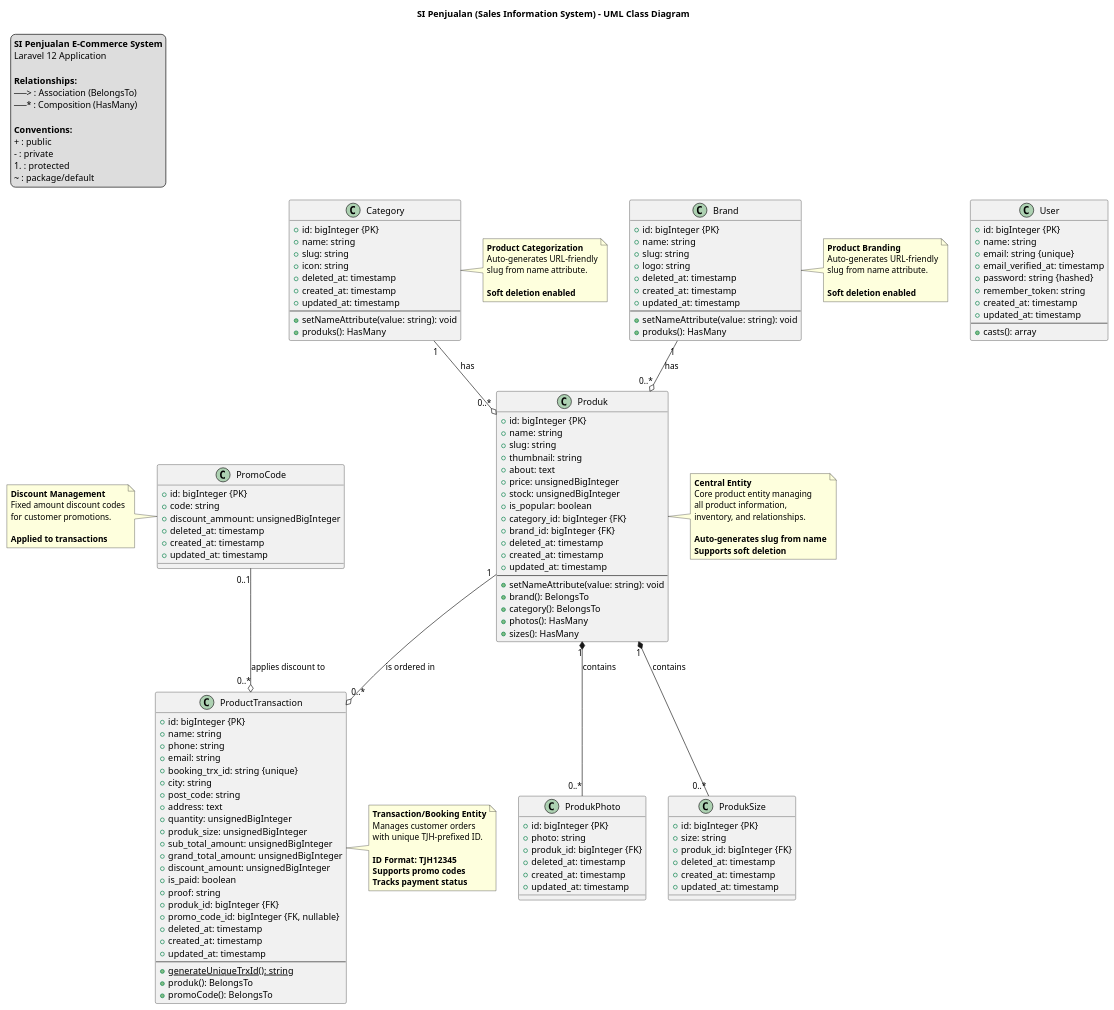
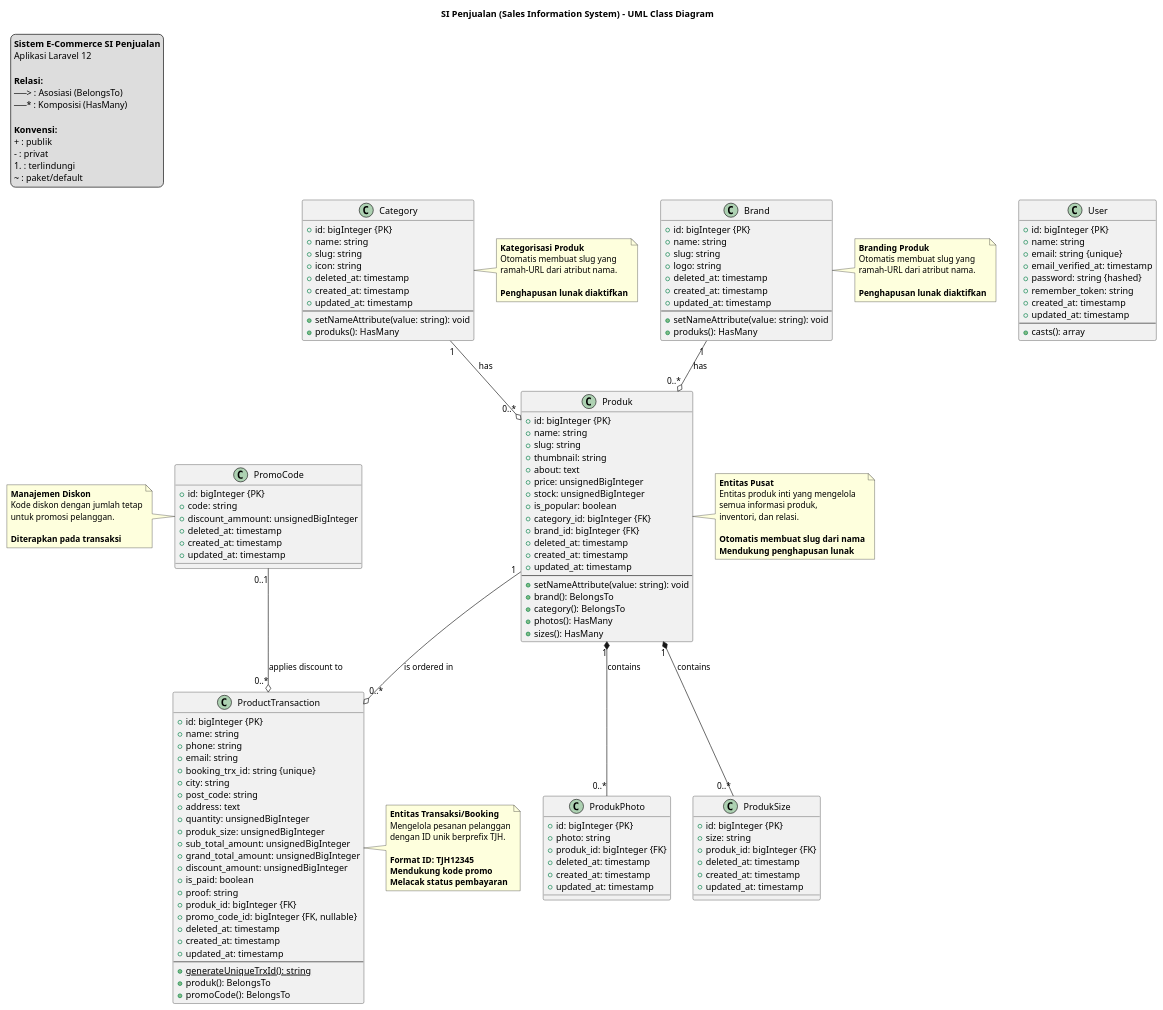
The diagram in docs/class-diagram.puml (Dirga36/SI_penjualan), drawn with PlantUML before and after one commit.

Commit message:
Translate PlantUML diagram notes to Indonesian

```diff
--- a/docs/class-diagram.puml
+++ b/docs/class-diagram.puml
@@ -4,18 +4,18 @@
 
 ' --- Legend ---
 legend top left
-  **SI Penjualan E-Commerce System**
-  Laravel 12 Application
+  **Sistem E-Commerce SI Penjualan**
+  Aplikasi Laravel 12
   
-  **Relationships:**
-  ──> : Association (BelongsTo)
-  ──* : Composition (HasMany)
+  **Relasi:**
+  ──> : Asosiasi (BelongsTo)
+  ──* : Komposisi (HasMany)
   
-  **Conventions:**
-  + : public
-  - : private
-  # : protected
-  ~ : package/default
+  **Konvensi:**
+  + : publik
+  - : privat
+  # : terlindungi
+  ~ : paket/default
 endlegend
 
 ' --- User Class ---
@@ -163,47 +163,47 @@
 
 ' --- Notes ---
 note right of Produk
-  **Central Entity**
-  Core product entity managing
-  all product information, 
-  inventory, and relationships.
+  **Entitas Pusat**
+  Entitas produk inti yang mengelola
+  semua informasi produk, 
+  inventori, dan relasi.
   
-  **Auto-generates slug from name**
-  **Supports soft deletion**
+  **Otomatis membuat slug dari nama**
+  **Mendukung penghapusan lunak**
 end note
 
 note right of ProductTransaction
-  **Transaction/Booking Entity**
-  Manages customer orders
-  with unique TJH-prefixed ID.
+  **Entitas Transaksi/Booking**
+  Mengelola pesanan pelanggan
+  dengan ID unik berprefix TJH.
   
-  **ID Format: TJH12345**
-  **Supports promo codes**
-  **Tracks payment status**
+  **Format ID: TJH12345**
+  **Mendukung kode promo**
+  **Melacak status pembayaran**
 end note
 
 note right of Category
-  **Product Categorization**
-  Auto-generates URL-friendly
-  slug from name attribute.
+  **Kategorisasi Produk**
+  Otomatis membuat slug yang
+  ramah-URL dari atribut nama.
   
-  **Soft deletion enabled**
+  **Penghapusan lunak diaktifkan**
 end note
 
 note right of Brand
-  **Product Branding**
-  Auto-generates URL-friendly
-  slug from name attribute.
+  **Branding Produk**
+  Otomatis membuat slug yang
+  ramah-URL dari atribut nama.
   
-  **Soft deletion enabled**
+  **Penghapusan lunak diaktifkan**
 end note
 
 note left of PromoCode
-  **Discount Management**
-  Fixed amount discount codes
-  for customer promotions.
+  **Manajemen Diskon**
+  Kode diskon dengan jumlah tetap
+  untuk promosi pelanggan.
   
-  **Applied to transactions**
+  **Diterapkan pada transaksi**
 end note
 
 @enduml
```
